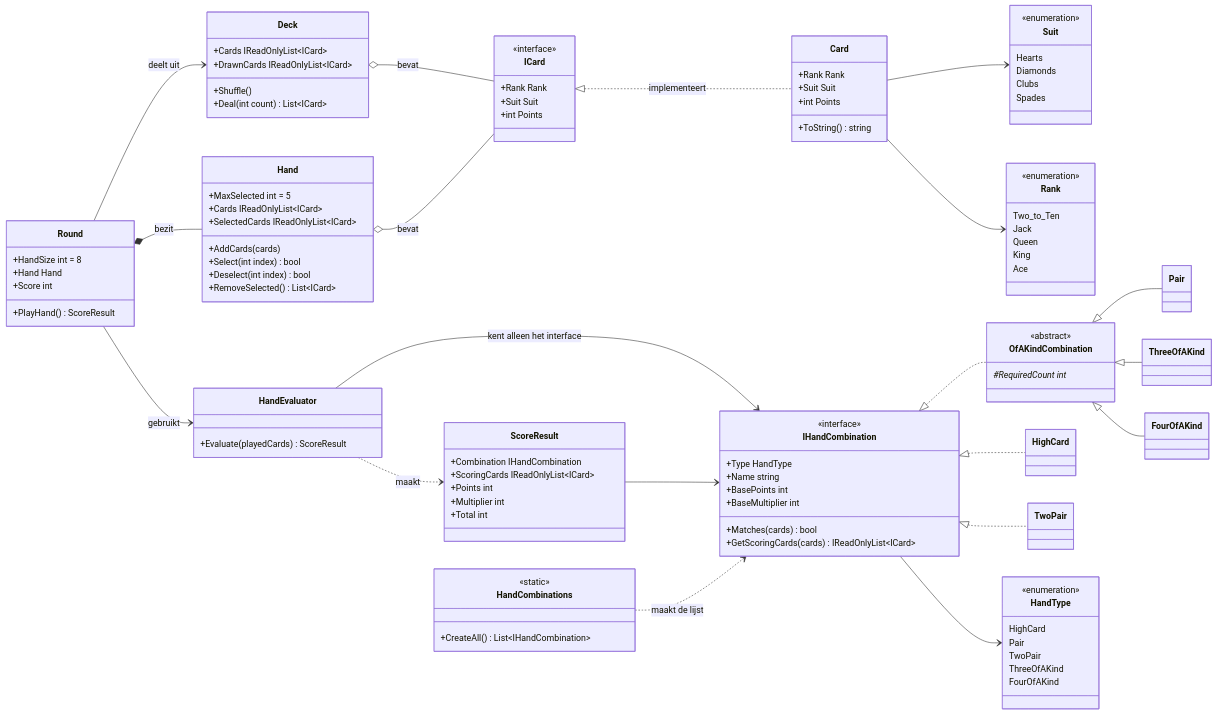
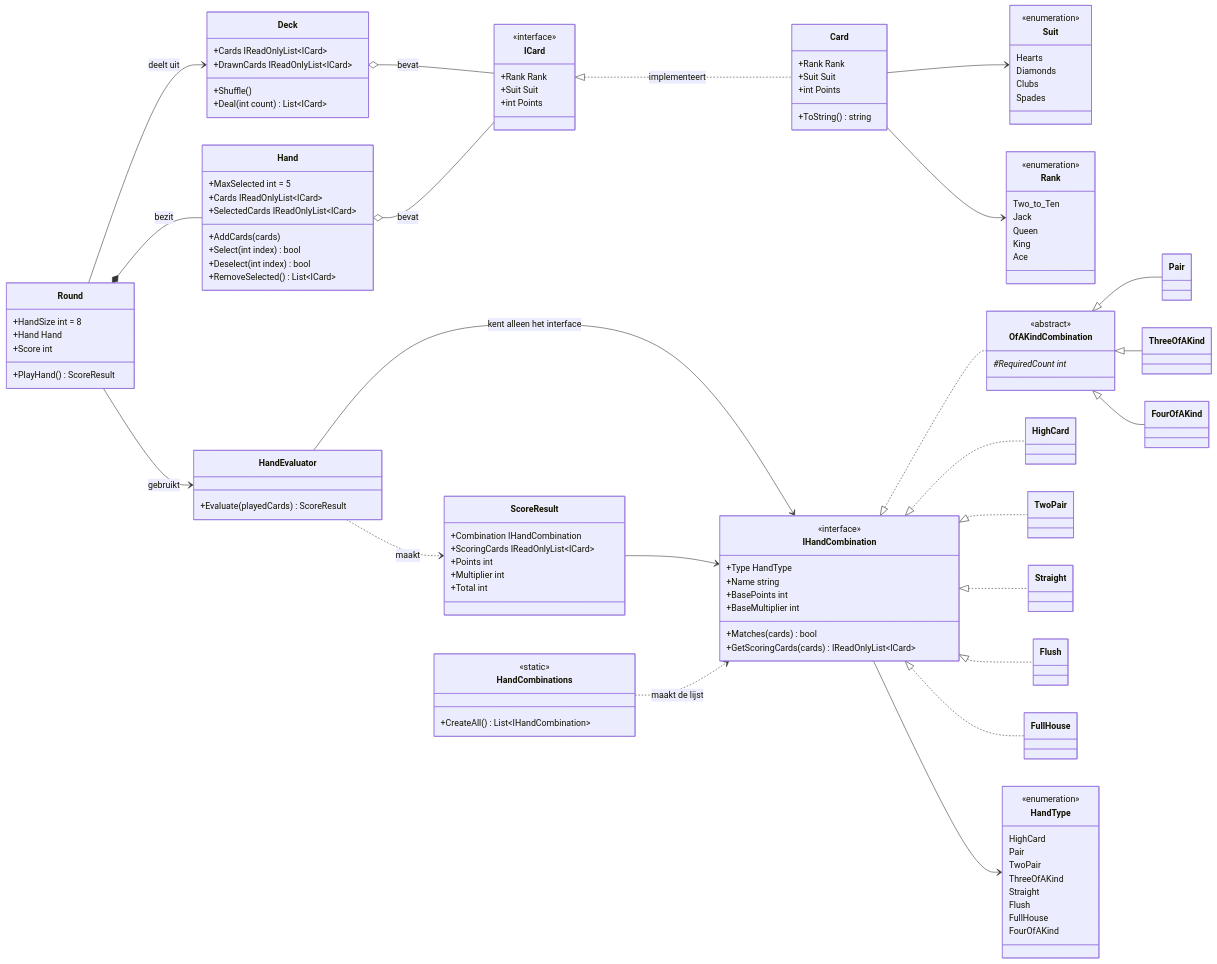
One commit to Esimaker/Balatro-Project changed the diagram in docs/klassendiagram.md. Above: the diagram before and after it, drawn with Mermaid. The commit also changed other lines of this file and 1 other file, not shown here.

Commit message:
Update README and class diagram for phase 2A

```diff
--- a/docs/klassendiagram.md
+++ b/docs/klassendiagram.md
@@ -90,12 +90,18 @@
     class TwoPair
     class ThreeOfAKind
     class FourOfAKind
+    class Straight
+    class Flush
+    class FullHouse
     class HandType {
         <<enumeration>>
         HighCard
         Pair
         TwoPair
         ThreeOfAKind
+        Straight
+        Flush
+        FullHouse
         FourOfAKind
     }
 
@@ -117,6 +123,9 @@
     IHandCombination <|.. OfAKindCombination
     IHandCombination <|.. HighCard
     IHandCombination <|.. TwoPair
+    IHandCombination <|.. Straight
+    IHandCombination <|.. Flush
+    IHandCombination <|.. FullHouse
     OfAKindCombination <|-- Pair
     OfAKindCombination <|-- ThreeOfAKind
     OfAKindCombination <|-- FourOfAKind
```
